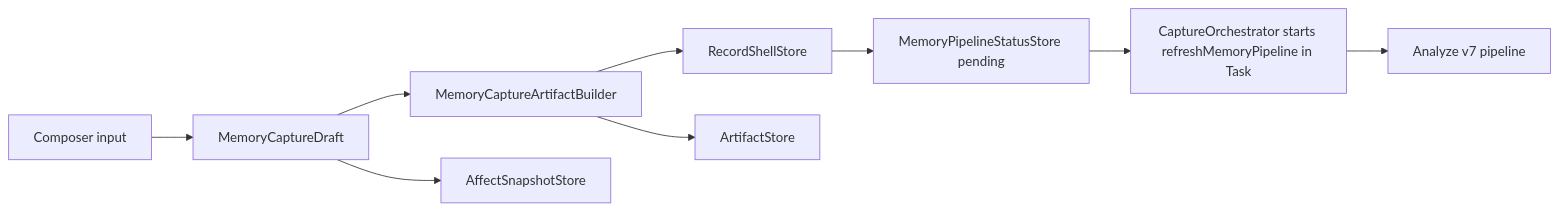
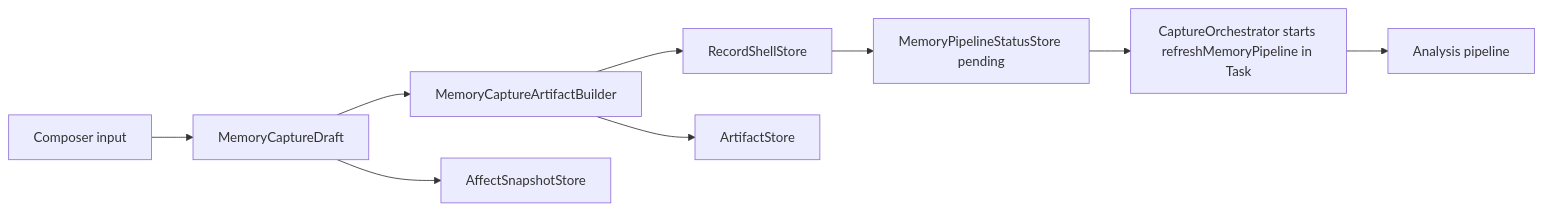
One commit to daaihang/sprout changed the diagram in docs/mory_system_handbook/01_feature_inventory/capture.md. Above: the diagram before and after it, drawn with Mermaid. The commit also changed other lines of this file and 90 other files, not shown here.

````diff
--- a/docs/mory_system_handbook/01_feature_inventory/capture.md
+++ b/docs/mory_system_handbook/01_feature_inventory/capture.md
@@ -45,11 +45,11 @@
 ```mermaid
 flowchart LR
     A["Composer input"] --> B["MemoryCaptureDraft"]
     B --> C["MemoryCaptureArtifactBuilder"]
     C --> D["RecordShellStore"]
     C --> E["ArtifactStore"]
     B --> F["AffectSnapshotStore"]
     D --> G["MemoryPipelineStatusStore pending"]
     G --> H["CaptureOrchestrator starts refreshMemoryPipeline in Task"]
-    H --> I["Analyze v7 pipeline"]
+    H --> I["Analysis pipeline"]
 ```
````
